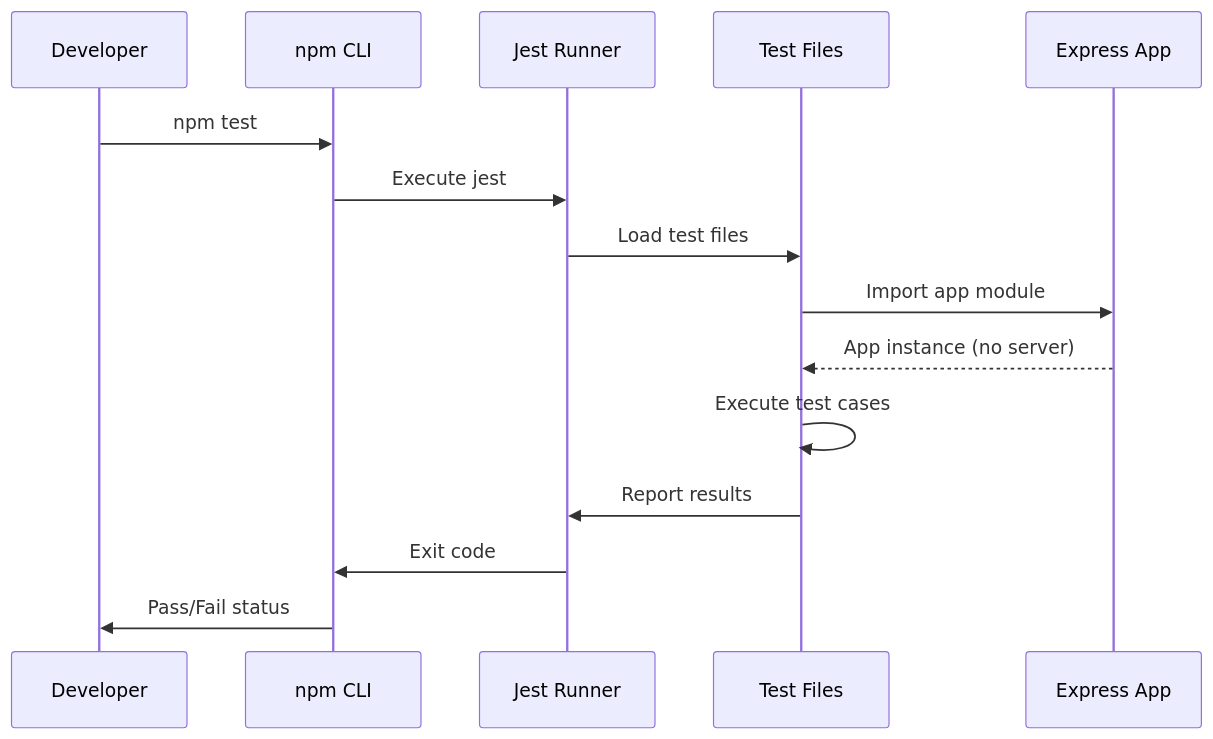
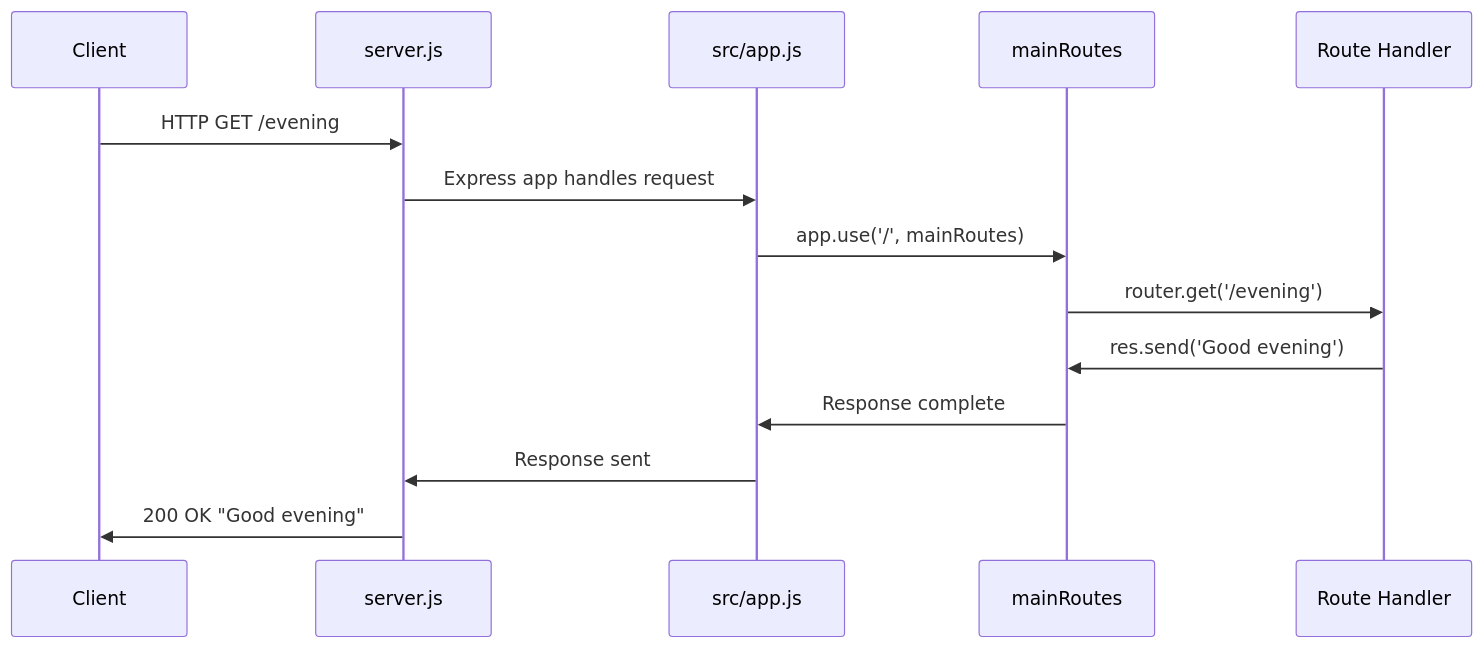
One commit to sudhanshu-spec/test-spec changed the third of 4 diagrams in blitzy/documentation/Technical Specifications.md. Above: the diagram before and after it, drawn with Mermaid. The commit also changed other lines of this file, not shown here.

````diff
--- a/blitzy/documentation/Technical Specifications.md
+++ b/blitzy/documentation/Technical Specifications.md
@@ -1039,18 +389,17 @@
 ```mermaid
 sequenceDiagram
-    participant Dev as Developer
-    participant NPM as npm CLI
-    participant Jest as Jest Runner
-    participant Tests as Test Files
-    participant App as Express App
+    participant Client
+    participant Server as server.js
+    participant App as src/app.js
+    participant Router as mainRoutes
+    participant Handler as Route Handler
     
-    Dev->>NPM: npm test
-    NPM->>Jest: Execute jest
-    Jest->>Tests: Load test files
-    Tests->>App: Import app module
-    App-->>Tests: App instance (no server)
-    Tests->>Tests: Execute test cases
-    Tests->>Jest: Report results
-    Jest->>NPM: Exit code
-    NPM->>Dev: Pass/Fail status
+    Client->>Server: HTTP GET /evening
+    Server->>App: Express app handles request
+    App->>Router: app.use('/', mainRoutes)
+    Router->>Handler: router.get('/evening')
+    Handler->>Router: res.send('Good evening')
+    Router->>App: Response complete
+    App->>Server: Response sent
+    Server->>Client: 200 OK "Good evening"
 ```
````
